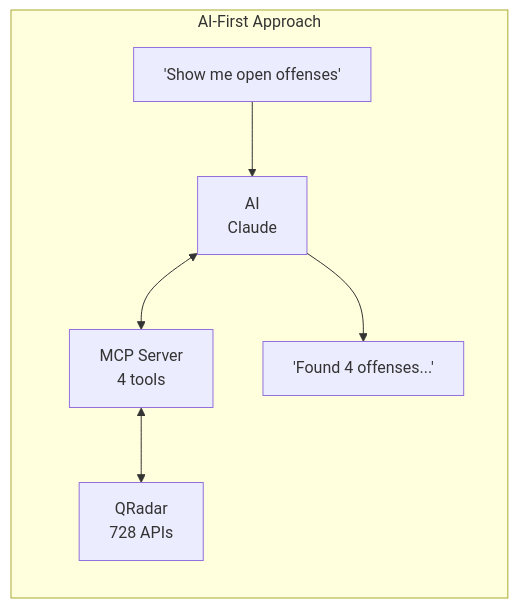
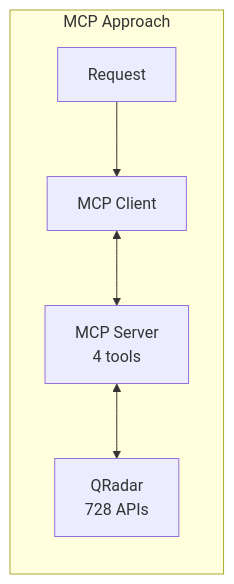
One commit to IBM/qradar-mcp-server changed the second of 3 diagrams in README.md. Above: the diagram before and after it, drawn with Mermaid. The commit also changed other lines of this file, not shown here.

Commit message:
Refactored README - focus on MCP protocol

````diff
--- a/README.md
+++ b/README.md
@@ -34,9 +51,8 @@
 ```mermaid
 flowchart LR
-    subgraph AI-First["AI-First Approach"]
-        User["'Show me open offenses'"] --> AI[AI<br/>Claude]
-        AI <--> MCP[MCP Server<br/>4 tools]
-        MCP <--> QRadar[QRadar<br/>728 APIs]
-        AI --> Response["'Found 4 offenses...'"]
+    subgraph MCP["MCP Approach"]
+        Request["Request"] --> Client[MCP Client]
+        Client <--> Server[MCP Server<br/>4 tools]
+        Server <--> QRadar[QRadar<br/>728 APIs]
     end
 ```
````
